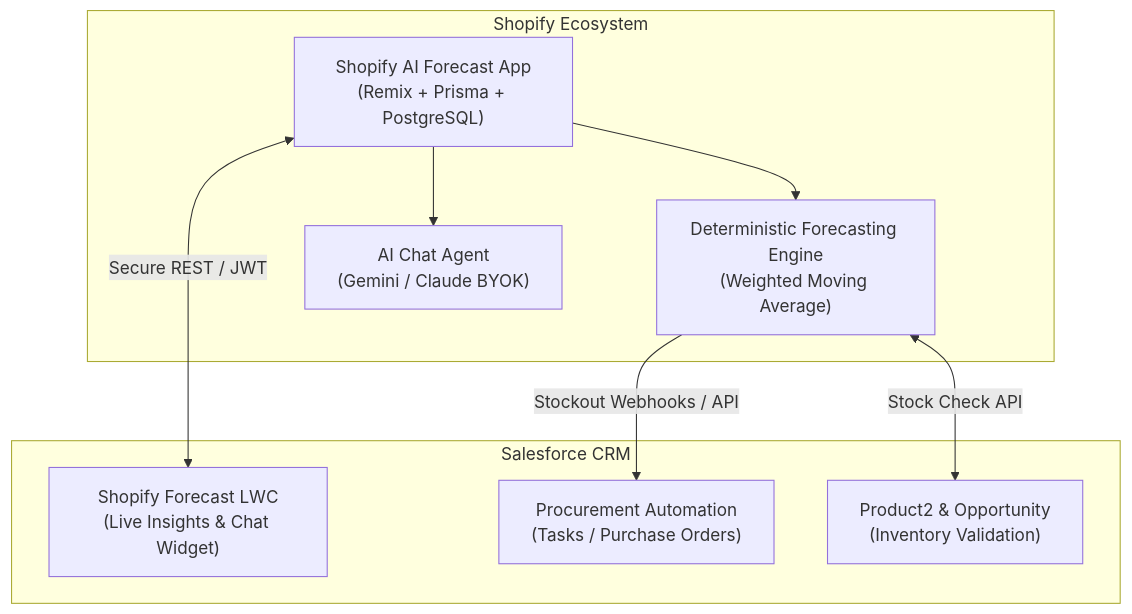
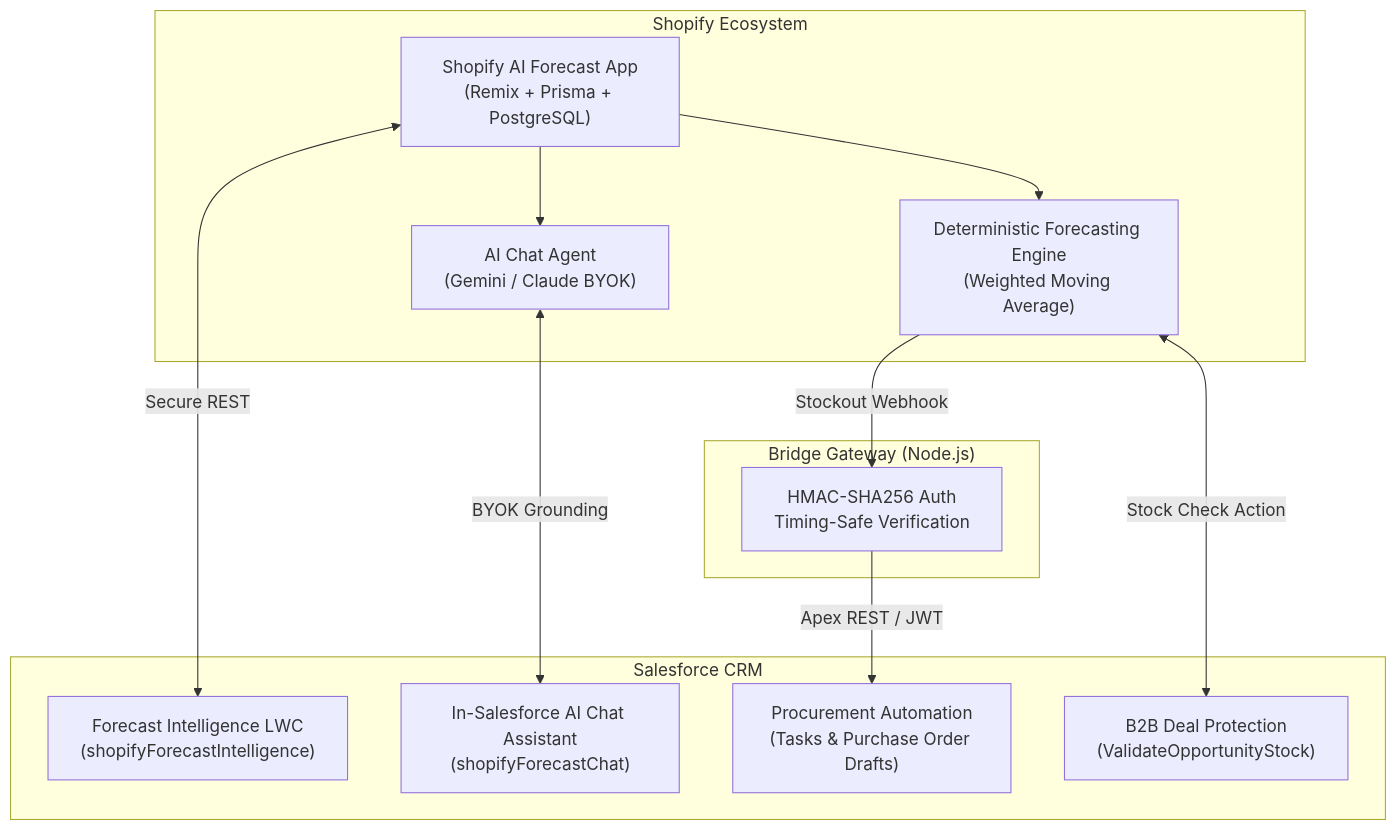
One commit to arsalan-arshad/shopify-ai-forecast-bridge changed the diagram in README.md. Above: the diagram before and after it, drawn with Mermaid. The commit also changed other lines of this file and 111 other files, not shown here.

Commit message:
feat: complete Shopify AI Forecast Bridge implementation and open-source release v0.1.0

````diff
--- a/README.md
+++ b/README.md
@@ -24,20 +26,27 @@
 ```mermaid
 flowchart TD
     subgraph Shopify ["Shopify Ecosystem"]
         A["Shopify AI Forecast App\n(Remix + Prisma + PostgreSQL)"]
         B["Deterministic Forecasting Engine\n(Weighted Moving Average)"]
         C["AI Chat Agent\n(Gemini / Claude BYOK)"]
         A --> B
         A --> C
     end
 
-    subgraph Salesforce ["Salesforce CRM"]
-        D["Shopify Forecast LWC\n(Live Insights & Chat Widget)"]
-        E["Procurement Automation\n(Tasks / Purchase Orders)"]
-        F["Product2 & Opportunity\n(Inventory Validation)"]
+    subgraph BridgeGateway ["Bridge Gateway (Node.js)"]
+        G["HMAC-SHA256 Auth\nTiming-Safe Verification"]
     end
 
-    B -->|"Stockout Webhooks / API"| E
-    A <-->|"Secure REST / JWT"| D
-    B <-->|"Stock Check API"| F
+    subgraph Salesforce ["Salesforce CRM"]
+        D["Forecast Intelligence LWC\n(shopifyForecastIntelligence)"]
+        E["In-Salesforce AI Chat Assistant\n(shopifyForecastChat)"]
+        F["Procurement Automation\n(Tasks & Purchase Order Drafts)"]
+        H["B2B Deal Protection\n(ValidateOpportunityStock)"]
+    end
+
+    B -->|"Stockout Webhook"| G
+    G -->|"Apex REST / JWT"| F
+    A <-->|"Secure REST"| D
+    C <-->|"BYOK Grounding"| E
+    B <-->|"Stock Check Action"| H
 ```
````
